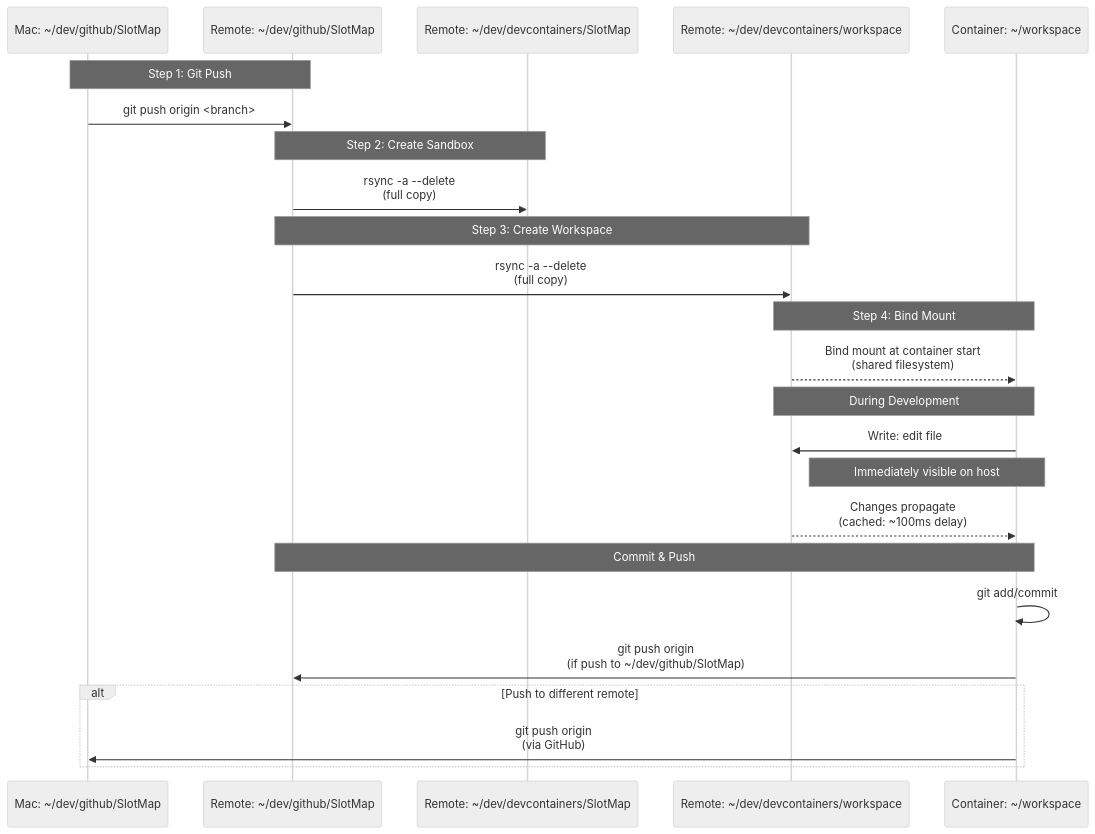
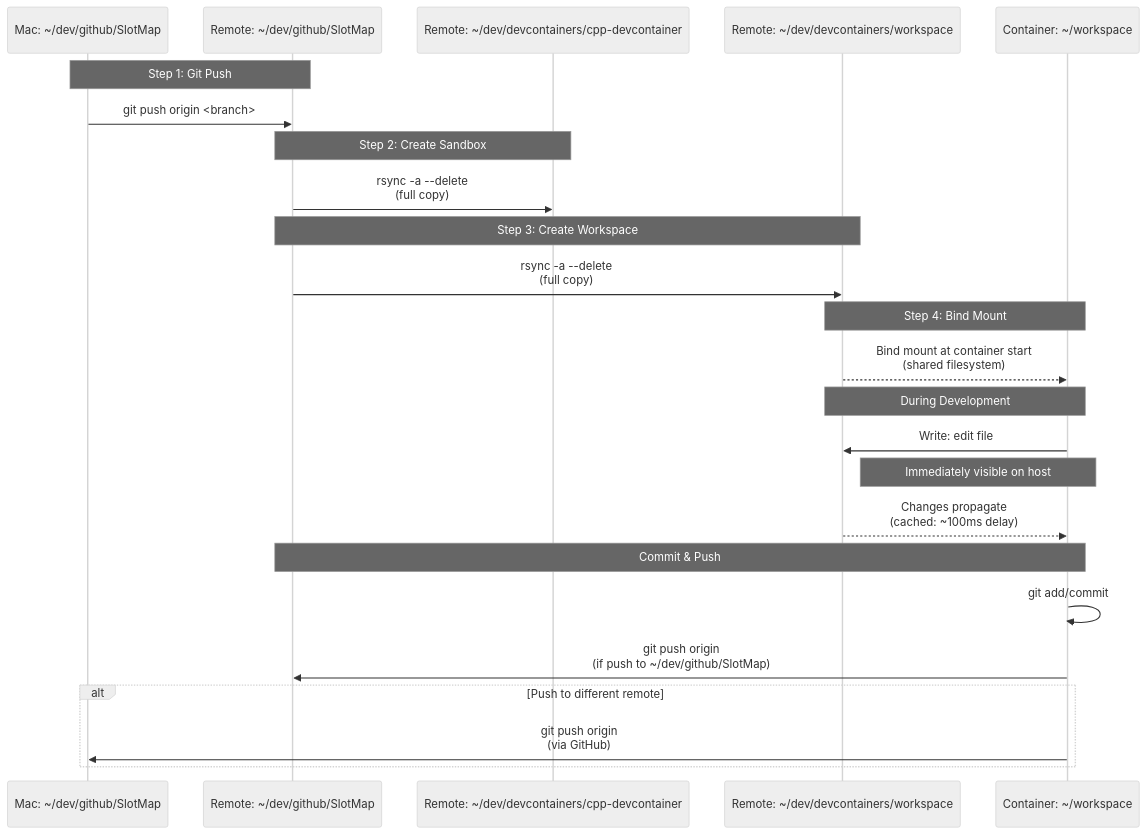
Diagram 16 of 23 in docs/WORKFLOW_DIAGRAMS.md (rmanaloto-tastytrade/cpp-devcontainers), drawn with Mermaid (neutral theme) before and after one commit. The commit also changed other lines of this file and 8 other files, not shown here.

Commit message:
Doc scrub: use cpp-devcontainer sandbox naming

````diff
--- a/docs/WORKFLOW_DIAGRAMS.md
+++ b/docs/WORKFLOW_DIAGRAMS.md
@@ -705,32 +705,32 @@
 ```mermaid
 sequenceDiagram
     participant Mac as Mac: ~/dev/github/SlotMap
     participant RemoteRepo as Remote: ~/dev/github/SlotMap
-    participant Sandbox as Remote: ~/dev/devcontainers/SlotMap
+    participant Sandbox as Remote: ~/dev/devcontainers/cpp-devcontainer
     participant Workspace as Remote: ~/dev/devcontainers/workspace
     participant Container as Container: ~/workspace
 
     Note over Mac,RemoteRepo: Step 1: Git Push
     Mac->>RemoteRepo: git push origin <branch>
 
     Note over RemoteRepo,Sandbox: Step 2: Create Sandbox
     RemoteRepo->>Sandbox: rsync -a --delete<br/>(full copy)
 
     Note over RemoteRepo,Workspace: Step 3: Create Workspace
     RemoteRepo->>Workspace: rsync -a --delete<br/>(full copy)
 
     Note over Workspace,Container: Step 4: Bind Mount
     Workspace-->>Container: Bind mount at container start<br/>(shared filesystem)
 
     Note over Container,Workspace: During Development
     Container->>Workspace: Write: edit file
     Note right of Workspace: Immediately visible on host
     Workspace-->>Container: Changes propagate<br/>(cached: ~100ms delay)
 
     Note over Container,RemoteRepo: Commit & Push
     Container->>Container: git add/commit
     Container->>RemoteRepo: git push origin<br/>(if push to ~/dev/github/SlotMap)
     alt Push to different remote
         Container->>Mac: git push origin<br/>(via GitHub)
     end
 ```
````
